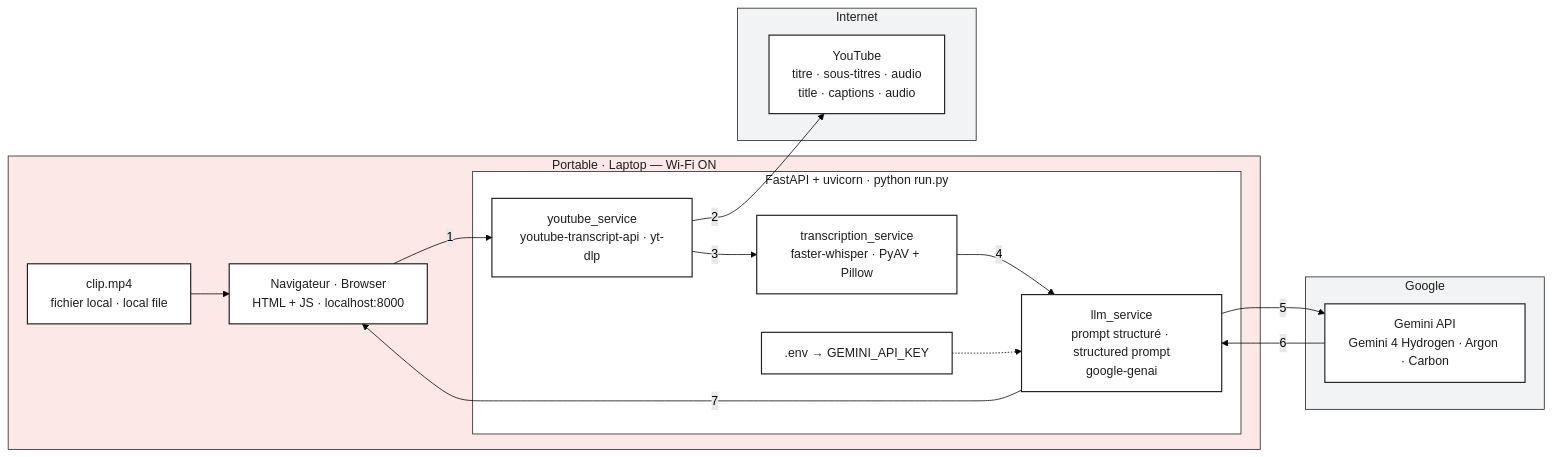
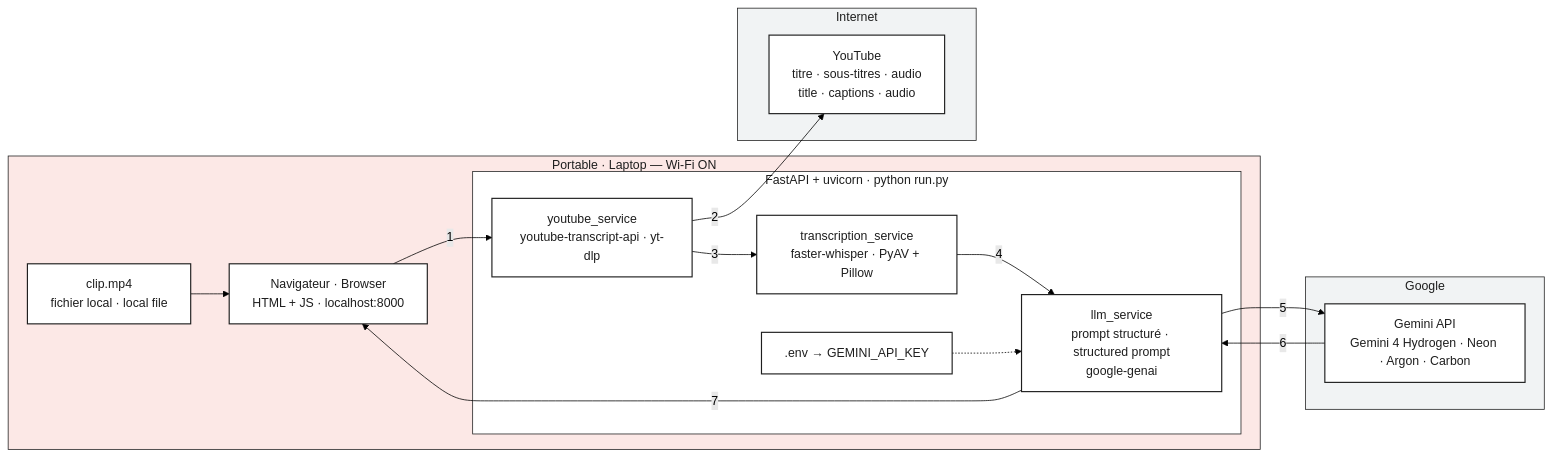
One commit to sveronneau/youtube-summarizer changed the second of 5 diagrams in DECK.md. Above: the diagram before and after it, drawn with Mermaid (forest theme). The commit also changed other lines of this file and 1 other file, not shown here.

````diff
--- a/DECK.md
+++ b/DECK.md
@@ -253,35 +262,35 @@
 ```mermaid
 flowchart LR
   subgraph LAP["Portable · Laptop — Wi-Fi ON"]
     UI["Navigateur · Browser<br/>HTML + JS · localhost:8000"]
     MP4["clip.mp4<br/>fichier local · local file"]
     subgraph API["FastAPI + uvicorn · python run.py"]
       YS["youtube_service<br/>youtube-transcript-api · yt-dlp"]
       TS["transcription_service<br/>faster-whisper · PyAV + Pillow"]
       LS["llm_service<br/>prompt structuré · structured prompt<br/>google-genai"]
       ENV[".env → GEMINI_API_KEY"]
     end
   end
   subgraph NET["Internet"]
     YT["YouTube<br/>titre · sous-titres · audio<br/>title · captions · audio"]
   end
   subgraph G["Google"]
-    GA["Gemini API<br/>Gemini 4 Hydrogen · Argon · Carbon"]
+    GA["Gemini API<br/>Gemini 4 Hydrogen · Neon · Argon · Carbon"]
   end
   MP4 --> UI
   UI -->|"1"| YS
   YS -->|"2"| YT
   YS -->|"3"| TS
   TS -->|"4"| LS
   ENV -.-> LS
   LS -->|"5"| GA
   GA -->|"6"| LS
   LS -->|"7"| UI
   class UI,MP4,YS,TS,LS,ENV,YT,GA box;
   classDef box fill:#FFFFFF,stroke:#1E1E1E,stroke-width:1.5px,color:#1E1E1E;
   classDef off fill:#F8F9FA,stroke:#9AA0A6,stroke-dasharray:4 3,color:#9AA0A6;
   style LAP fill:#FCE8E6,stroke:#1E1E1E,color:#1E1E1E
   style API fill:#FFFFFF,stroke:#1E1E1E,color:#1E1E1E
   style NET fill:#F1F3F4,stroke:#1E1E1E,color:#1E1E1E
   style G fill:#F1F3F4,stroke:#1E1E1E,color:#1E1E1E
 ```
````
